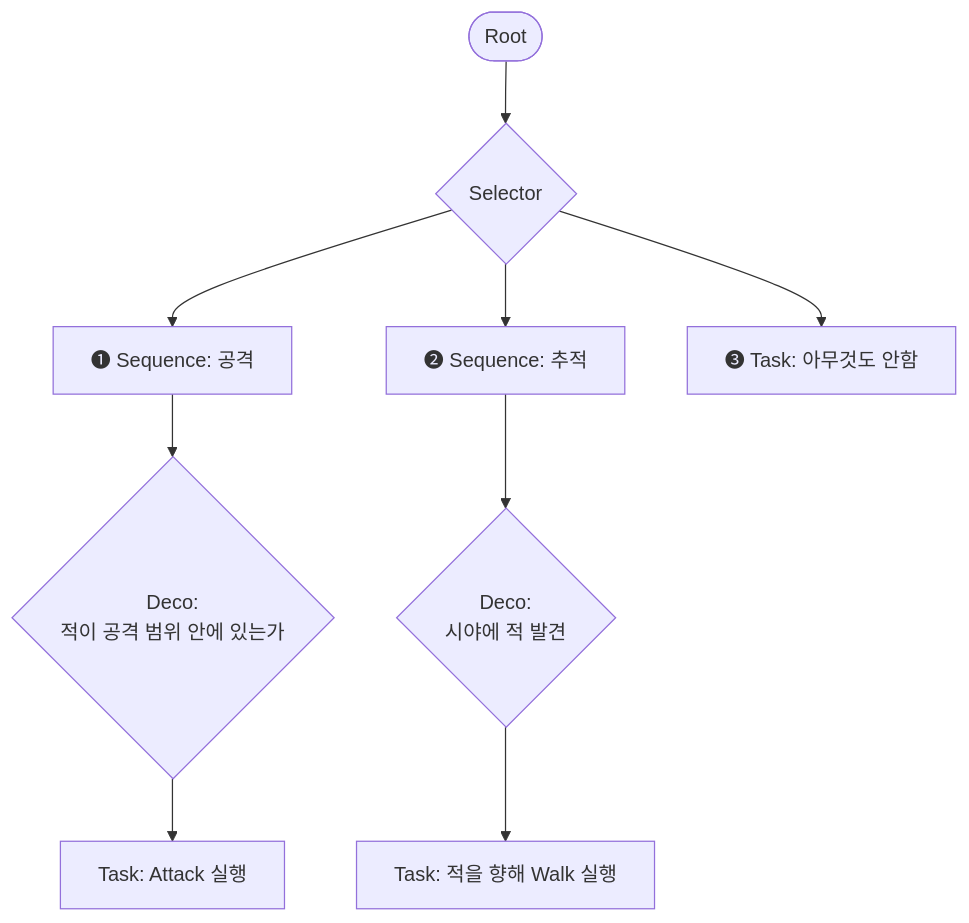
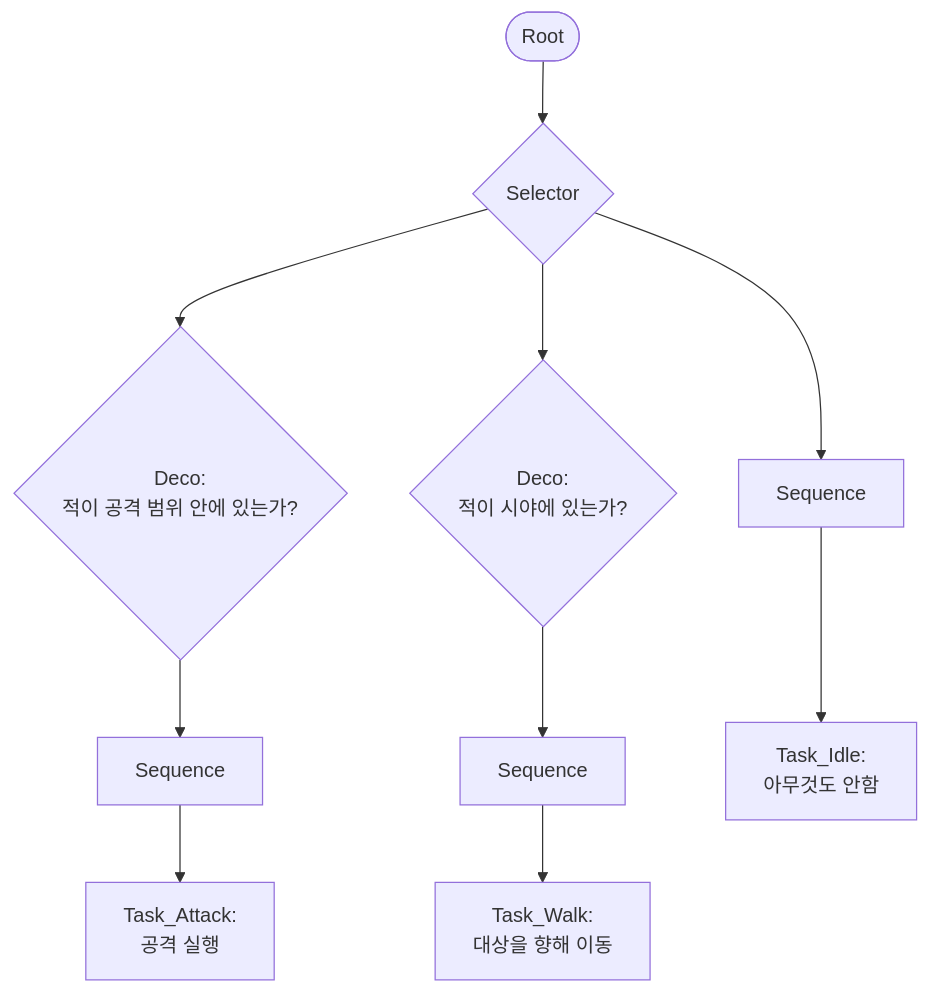
The second of 2 diagrams in Docs/Meeting/State Machine, Behavior Tree, State Tree 비교 분석.md (Woogl/ProjectWx), drawn with Mermaid before and after one commit. The commit also changed other lines of this file and 3 other files, not shown here.

````diff
--- a/Docs/Meeting/State Machine, Behavior Tree, State Tree 비교 분석.md
+++ b/Docs/Meeting/State Machine, Behavior Tree, State Tree 비교 분석.md
@@ -101,17 +103,18 @@
 ```mermaid
 flowchart TD
     Root([Root])
     MainSelector{Selector}
 
     Root --> MainSelector
 
-    MainSelector --> AttackSequence[❶ Sequence: 공격]
-    AttackSequence --> Condition_AttackRange{Deco:<br>적이 공격 범위 안에 있는가}
-    Condition_AttackRange --> Task_Attack[Task: Attack 실행]
+    MainSelector --> Deco_Attack{Deco:<br>적이 공격 범위 안에 있는가?}
+    Deco_Attack --> AttackSequence[Sequence]
+    AttackSequence --> Task_Attack[Task_Attack:<br>공격 실행]
 
-    MainSelector --> ChaseSequence[❷ Sequence: 추적]
-    ChaseSequence --> Condition_TargetVisible{Deco:<br>시야에 적 발견}
-    Condition_TargetVisible --> Task_Chase[Task: 적을 향해 Walk 실행]
+    MainSelector --> Deco_Chase{Deco:<br>적이 시야에 있는가?}
+    Deco_Chase --> ChaseSequence[Sequence]
+    ChaseSequence --> Task_Walk[Task_Walk:<br>대상을 향해 이동]
 
-    MainSelector --> IdleTask[❸ Task: 아무것도 안함]
+    MainSelector --> IdleSequence[Sequence]
+    IdleSequence --> Task_Idle[Task_Idle:<br>아무것도 안함]
 ```
````
